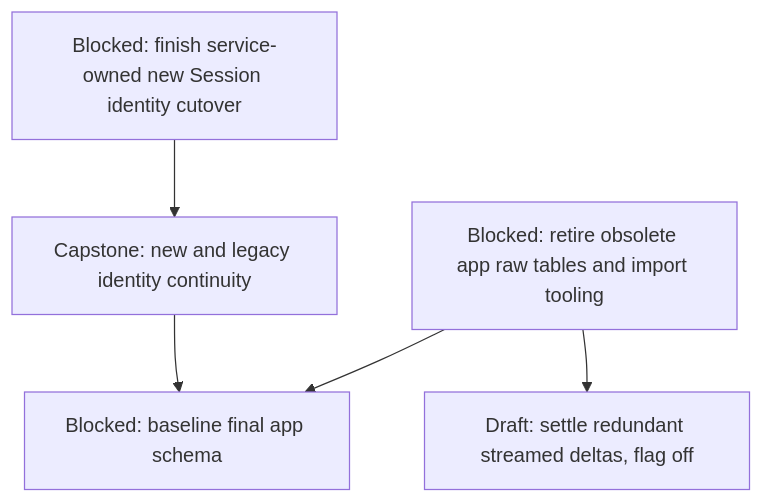
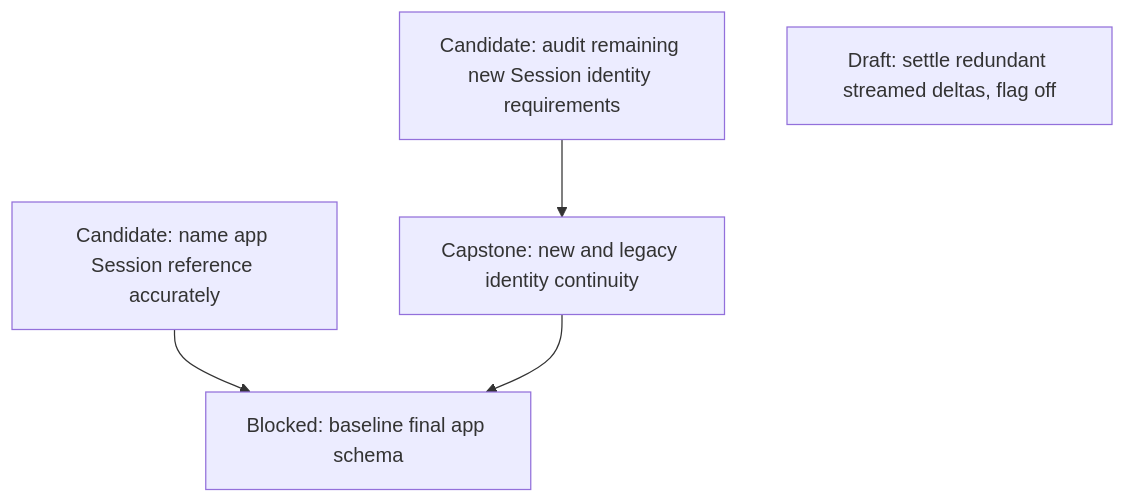
Before and after one commit to agentydragon-agent/ducktape: the first of 7 diagrams in agentplane/plans/task_dag.md, drawn with Mermaid. The commit also changed other lines of this file and 1 other file, not shown here.

````diff
--- a/agentplane/plans/task_dag.md
+++ b/agentplane/plans/task_dag.md
@@ -34,12 +34,11 @@
 ```mermaid
 flowchart TD
-    APP_RAW_HISTORY_RETIRE[Blocked: retire obsolete app raw tables and import tooling]
-    THREAD_IDENTITY_NEW[Blocked: finish service-owned new Session identity cutover]
+    APP_SESSION_SCHEMA_RENAME[Candidate: name app Session reference accurately]
+    THREAD_IDENTITY_NEW[Candidate: audit remaining new Session identity requirements]
     THREAD_EVENT_CONTINUITY[Capstone: new and legacy identity continuity]
     APP_ALEMBIC_SQUASH[Blocked: baseline final app schema]
     SESSION_EVENT_RETENTION[Draft: settle redundant streamed deltas, flag off]
     THREAD_IDENTITY_NEW --> THREAD_EVENT_CONTINUITY
-    APP_RAW_HISTORY_RETIRE --> APP_ALEMBIC_SQUASH
+    APP_SESSION_SCHEMA_RENAME --> APP_ALEMBIC_SQUASH
     THREAD_EVENT_CONTINUITY --> APP_ALEMBIC_SQUASH
-    APP_RAW_HISTORY_RETIRE --> SESSION_EVENT_RETENTION
 ```
````
